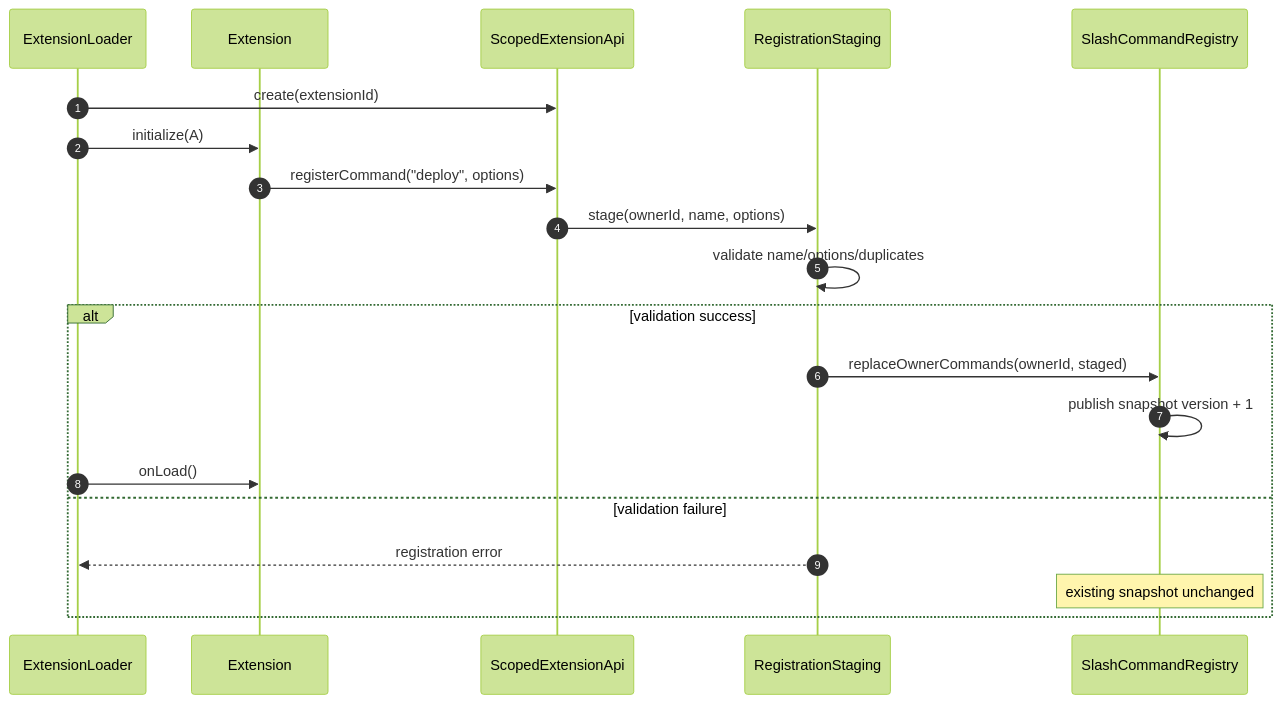
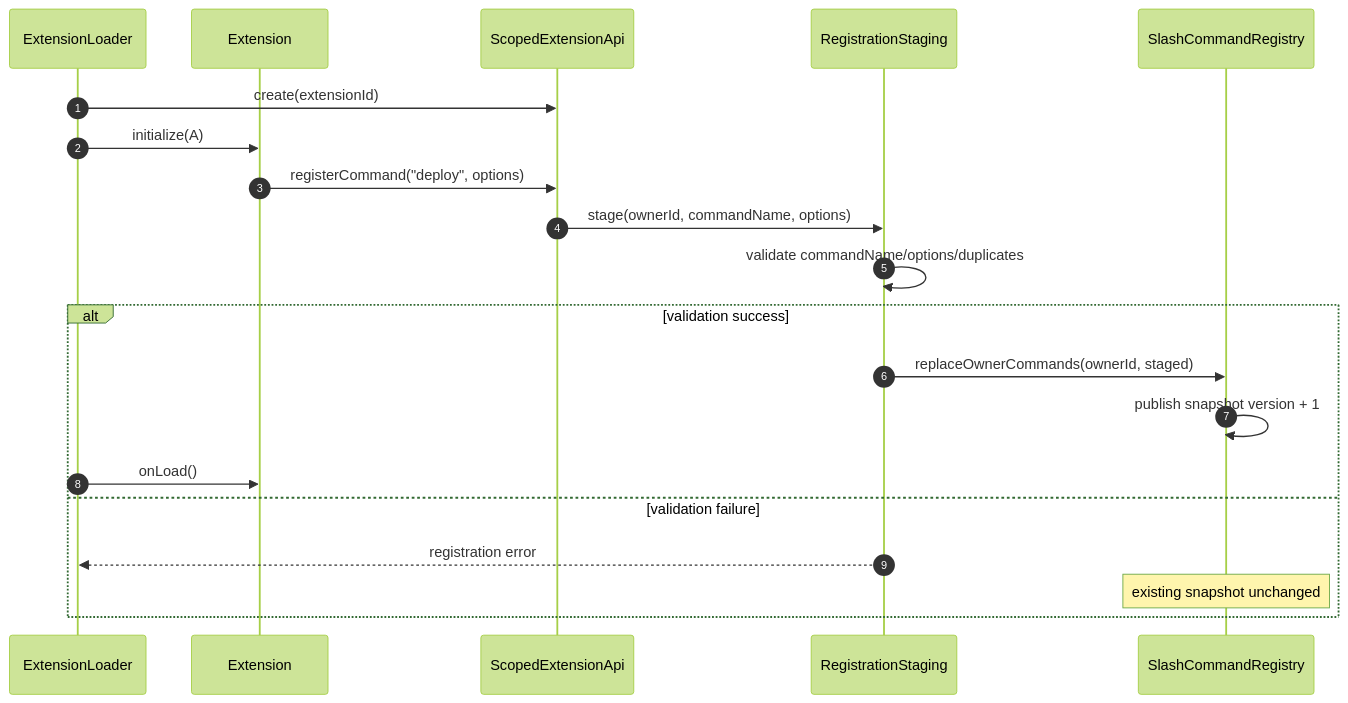
The sixth of 20 diagrams in pi-mono-java-extension-command-SR设计.md (superheromeZzh/pi-mono-java-design), drawn with Mermaid (forest theme) before and after one commit. The commit also changed other lines of this file, not shown here.

Commit message:
docs: remove extension display name

````diff
--- a/pi-mono-java-extension-command-SR设计.md
+++ b/pi-mono-java-extension-command-SR设计.md
@@ -488,24 +465,24 @@
 ```mermaid
 sequenceDiagram
     autonumber
     participant L as ExtensionLoader
     participant E as Extension
     participant A as ScopedExtensionApi
     participant S as RegistrationStaging
     participant R as SlashCommandRegistry
 
     L->>A: create(extensionId)
     L->>E: initialize(A)
     E->>A: registerCommand("deploy", options)
-    A->>S: stage(ownerId, name, options)
-    S->>S: validate name/options/duplicates
+    A->>S: stage(ownerId, commandName, options)
+    S->>S: validate commandName/options/duplicates
 
     alt validation success
         S->>R: replaceOwnerCommands(ownerId, staged)
         R->>R: publish snapshot version + 1
         L->>E: onLoad()
     else validation failure
         S-->>L: registration error
         Note over R: existing snapshot unchanged
     end
 ```
````
